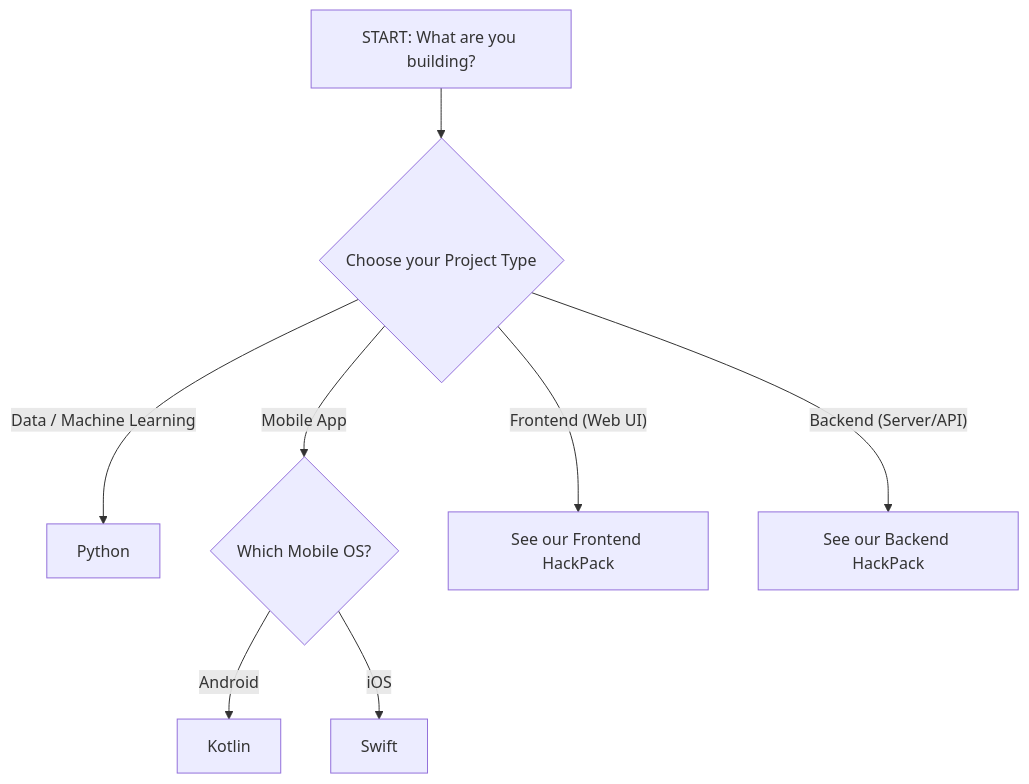
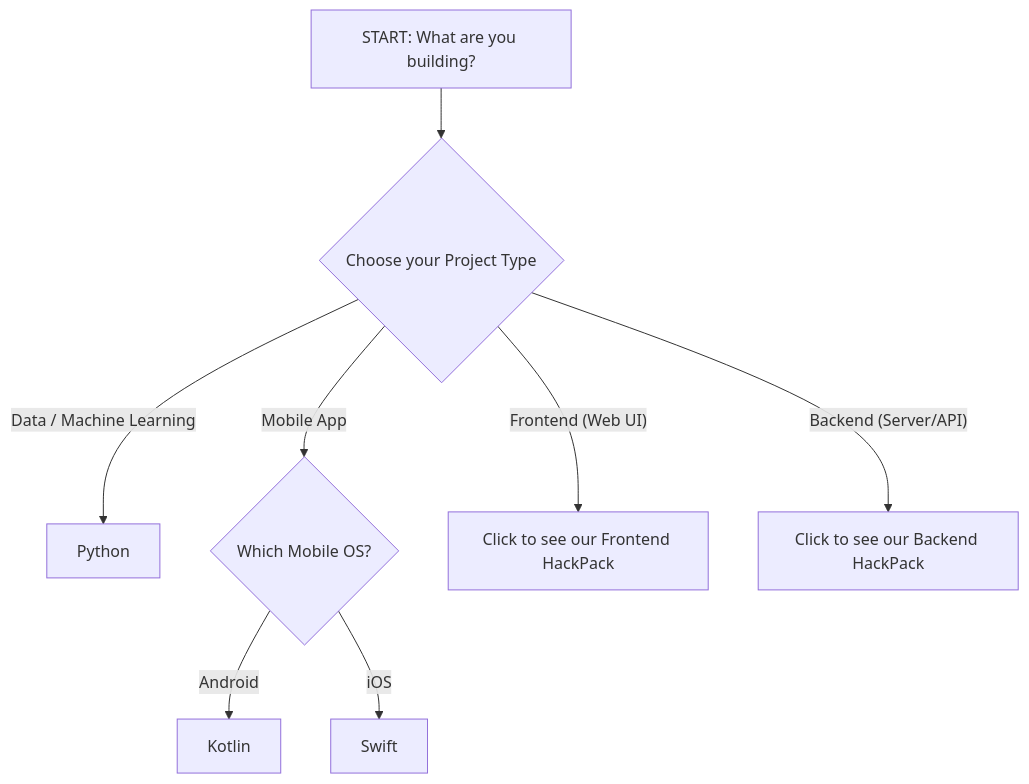
The diagram in getting-started/README.md (icdocsoc/ichack-hackpacks), drawn with Mermaid before and after one commit.

Commit message:
changed mmd link text to be more clear on website

````diff
--- a/getting-started/README.md
+++ b/getting-started/README.md
@@ -50,21 +50,21 @@
 ```mermaid
 graph TD
     Start["START: What are you building?"] --> Decision{"Choose your Project Type"}
 
     %% Branch 1: Data/ML
     Decision -- "Data / Machine Learning" --> DataEnd["Python"]
 
     %% Branch 2: Mobile
     Decision -- "Mobile App" --> MobileOS{"Which Mobile OS?"}
     MobileOS -- Android --> KotlinEnd["Kotlin"]
     MobileOS -- iOS --> SwiftEnd["Swift"]
 
     %% Branch 3: Frontend
-    Decision -- "Frontend (Web UI)" --> Fe["See our Frontend HackPack"]
+    Decision -- "Frontend (Web UI)" --> Fe["Click to see our Frontend HackPack"]
 
     %% Branch 4: Backend
-    Decision -- "Backend (Server/API)" --> Be["See our Backend HackPack"]
+    Decision -- "Backend (Server/API)" --> Be["Click to see our Backend HackPack"]
 
     click Fe "https://github.com/icdocsoc/ichack-hackpacks/blob/main/frontend-development/README.md"
     click Be "https://github.com/icdocsoc/ichack-hackpacks/blob/main/api-design/README.md"
 ```
````
